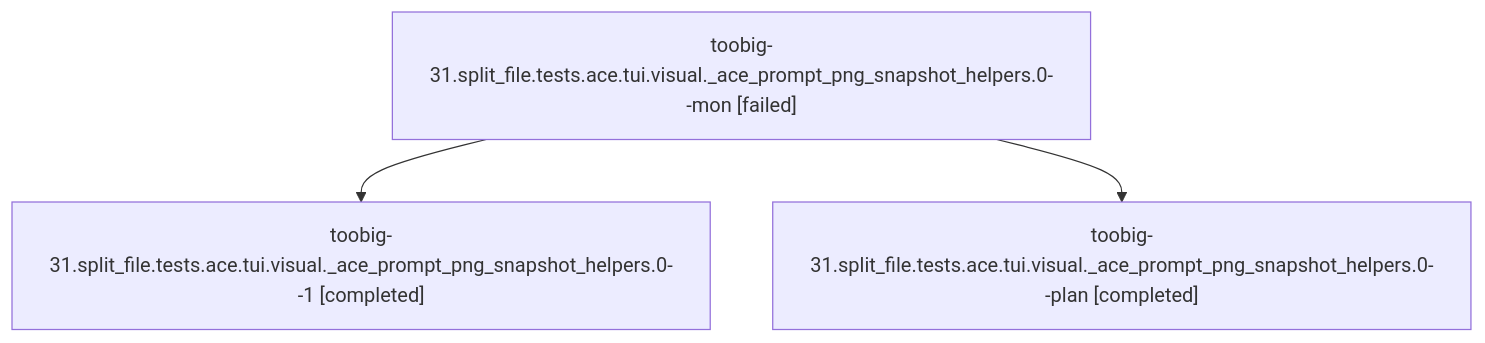
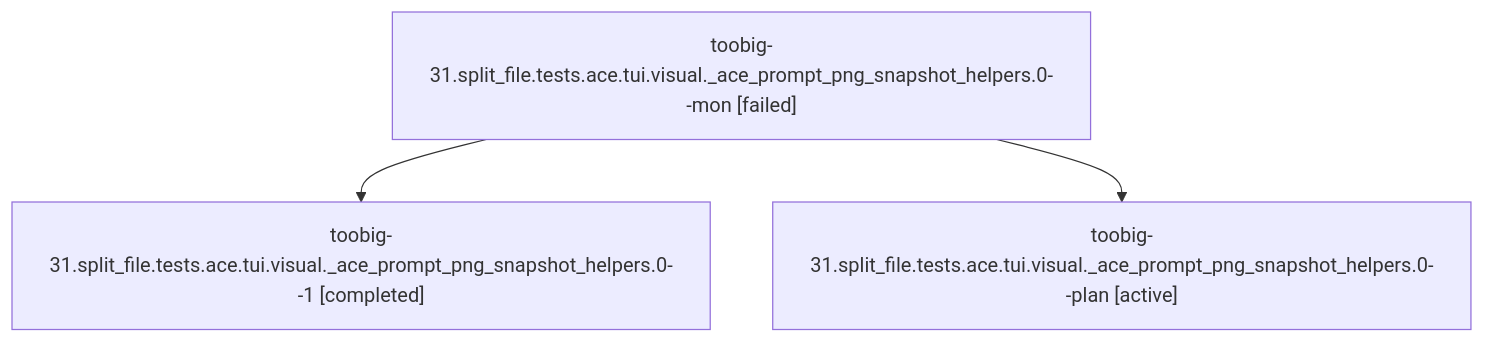
One commit to sase-org/sase--agents changed the diagram in families/bbugyi200.athena.toobig-31.split_file.tests.ace.tui.visual._ace_prompt_png_snapshot_helpers.0.md. Above: the diagram before and after it, drawn with Mermaid. The commit also changed other lines of this file and 35830 other files, not shown here.

````diff
--- a/families/bbugyi200.athena.toobig-31.split_file.tests.ace.tui.visual._ace_prompt_png_snapshot_helpers.0.md
+++ b/families/bbugyi200.athena.toobig-31.split_file.tests.ace.tui.visual._ace_prompt_png_snapshot_helpers.0.md
@@ -9,8 +9,8 @@
 ```mermaid
 flowchart TD
   n0["toobig-31.split_file.tests.ace.tui.visual._ace_prompt_png_snapshot_helpers.0--mon [failed]"]
   n1["toobig-31.split_file.tests.ace.tui.visual._ace_prompt_png_snapshot_helpers.0--1 [completed]"]
   n0 --> n1
-  n2["toobig-31.split_file.tests.ace.tui.visual._ace_prompt_png_snapshot_helpers.0--plan [completed]"]
+  n2["toobig-31.split_file.tests.ace.tui.visual._ace_prompt_png_snapshot_helpers.0--plan [active]"]
   n0 --> n2
 ```
````
